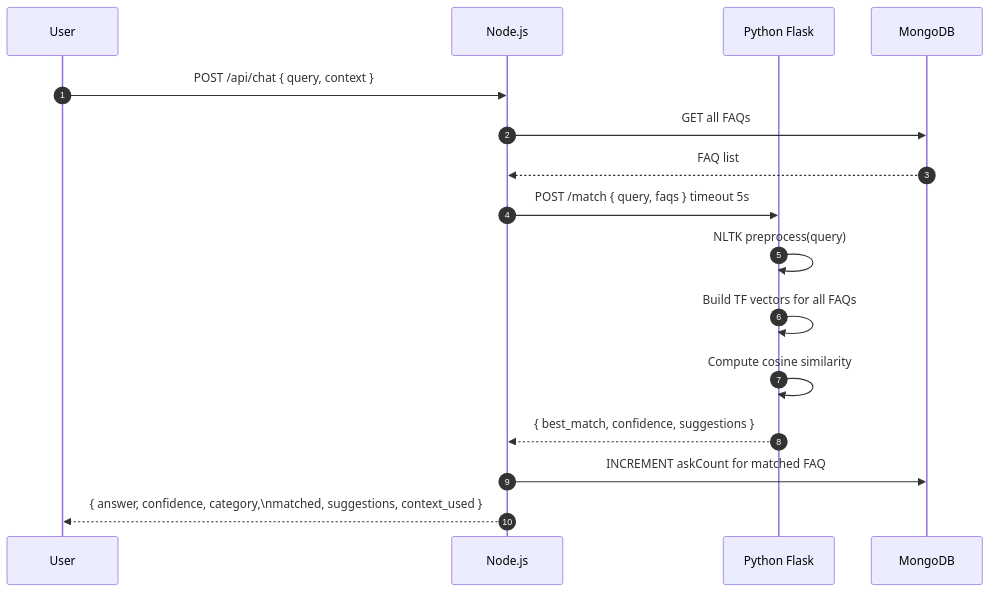
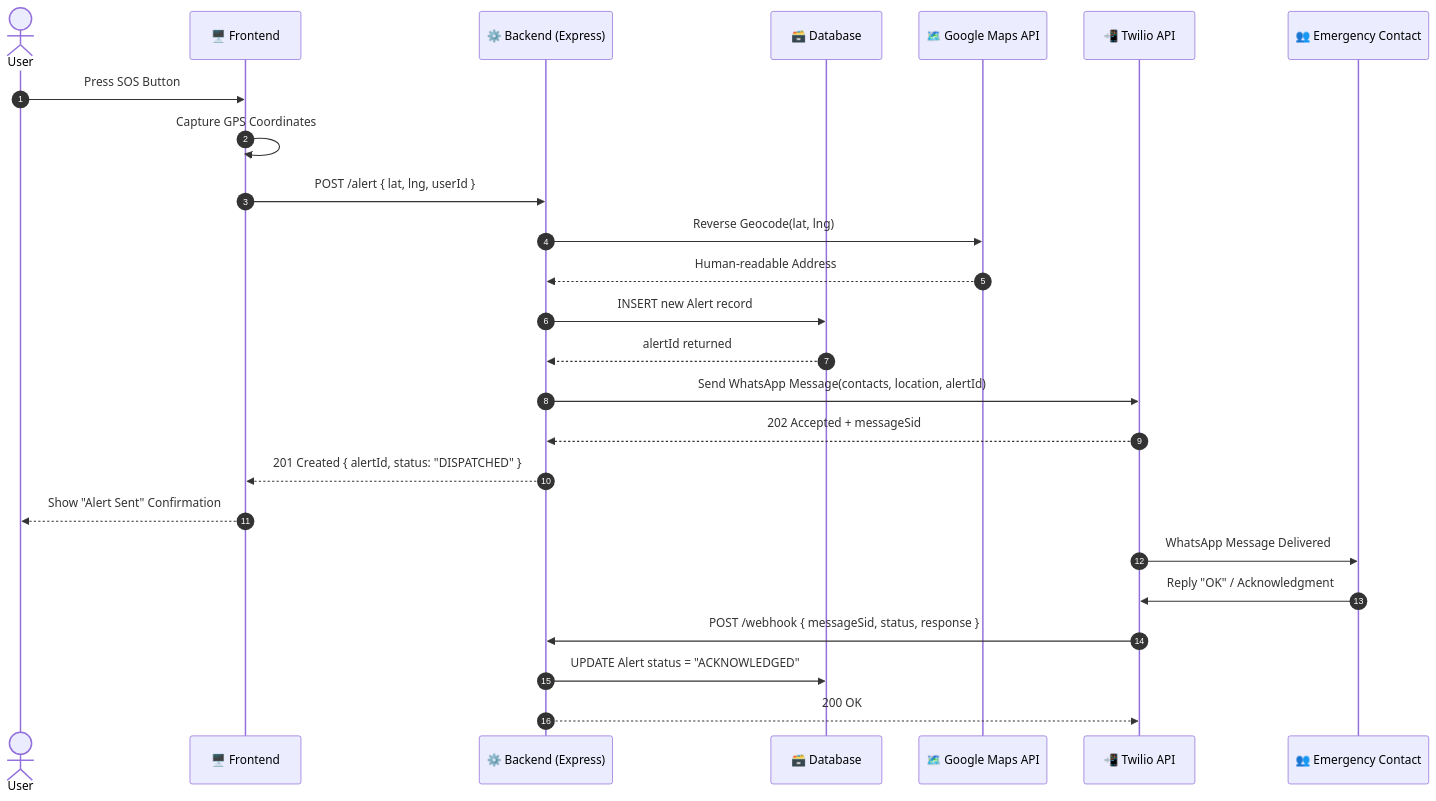
One commit to zara650/Chatbox-Faq changed the third of 5 diagrams in README.md. Above: the diagram before and after it, drawn with Mermaid. The commit also changed other lines of this file, not shown here.

````diff
--- a/README.md
+++ b/README.md
@@ -311,19 +164,29 @@
 ```mermaid
 sequenceDiagram
     autonumber
-    participant U as User
-    participant N as Node.js
-    participant P as Python Flask
-    participant DB as MongoDB
+    actor User
+    participant Frontend as 🖥️ Frontend
+    participant Backend as ⚙️ Backend (Express)
+    participant DB as 🗃️ Database
+    participant Maps as 🗺️ Google Maps API
+    participant Twilio as 📲 Twilio API
+    participant Contact as 👥 Emergency Contact
 
-    U->>N: POST /api/chat { query, context }
-    N->>DB: GET all FAQs
-    DB-->>N: FAQ list
-    N->>P: POST /match { query, faqs } timeout 5s
-    P->>P: NLTK preprocess(query)
-    P->>P: Build TF vectors for all FAQs
-    P->>P: Compute cosine similarity
-    P-->>N: { best_match, confidence, suggestions }
-    N->>DB: INCREMENT askCount for matched FAQ
-    N-->>U: { answer, confidence, category,\nmatched, suggestions, context_used }
+    User->>Frontend: Press SOS Button
+    Frontend->>Frontend: Capture GPS Coordinates
+    Frontend->>Backend: POST /alert { lat, lng, userId }
+    Backend->>Maps: Reverse Geocode(lat, lng)
+    Maps-->>Backend: Human-readable Address
+    Backend->>DB: INSERT new Alert record
+    DB-->>Backend: alertId returned
+    Backend->>Twilio: Send WhatsApp Message(contacts, location, alertId)
+    Twilio-->>Backend: 202 Accepted + messageSid
+    Backend-->>Frontend: 201 Created { alertId, status: "DISPATCHED" }
+    Frontend-->>User: Show "Alert Sent" Confirmation
+
+    Twilio->>Contact: WhatsApp Message Delivered
+    Contact->>Twilio: Reply "OK" / Acknowledgment
+    Twilio->>Backend: POST /webhook { messageSid, status, response }
+    Backend->>DB: UPDATE Alert status = "ACKNOWLEDGED"
+    Backend-->>Twilio: 200 OK
 ```
````
